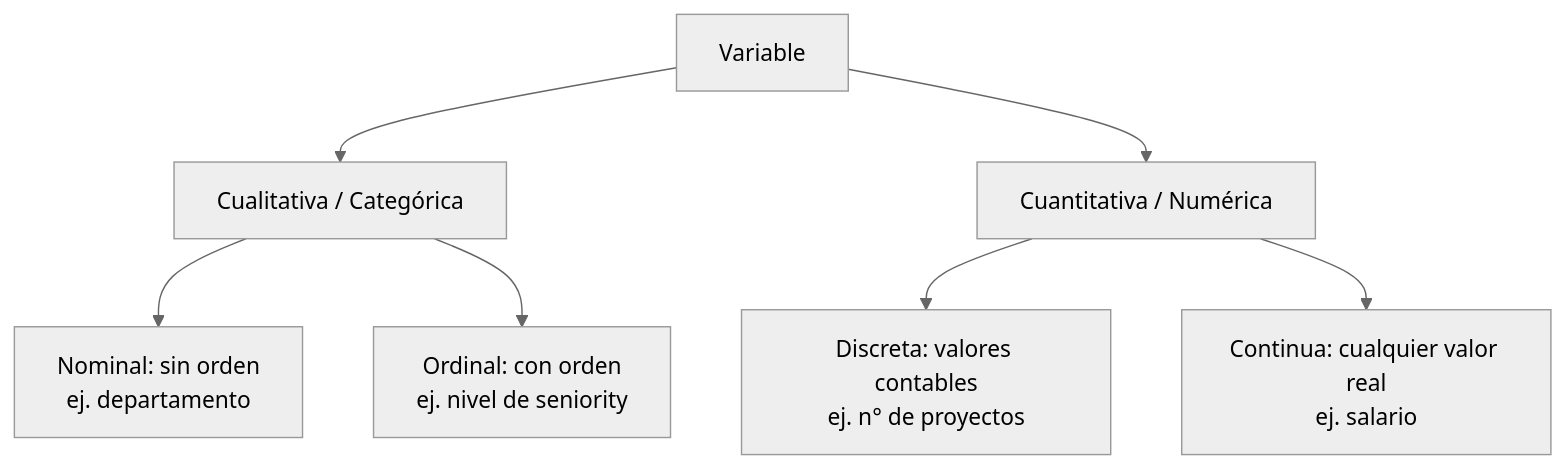
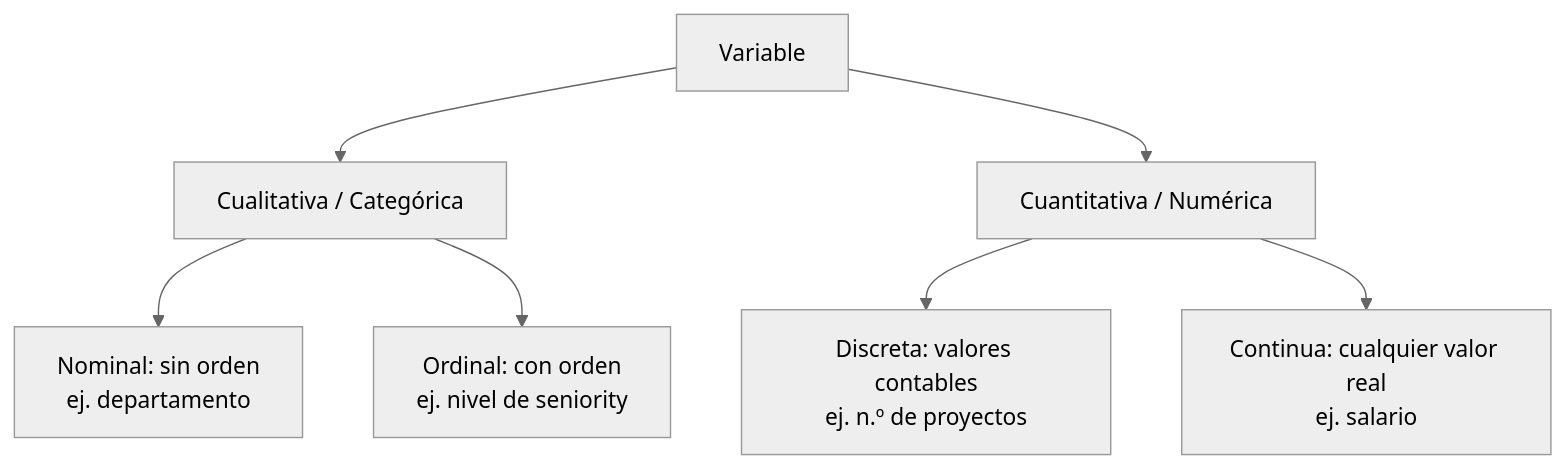
One commit to JulioUQ/Curso-de-Estadistica-Basica changed the diagram in notebooks/01_estadistica_descriptiva/teoria.qmd. Above: the diagram before and after it, drawn with Mermaid (neutral theme). The commit also changed other lines of this file and 7 other files, not shown here.

````diff
--- a/notebooks/01_estadistica_descriptiva/teoria.qmd
+++ b/notebooks/01_estadistica_descriptiva/teoria.qmd
@@ -22,9 +52,9 @@
 ```{mermaid}
 flowchart TD
     A[Variable] --> B[Cualitativa / Categórica]
     A --> C[Cuantitativa / Numérica]
     B --> B1[Nominal: sin orden<br/>ej. departamento]
     B --> B2[Ordinal: con orden<br/>ej. nivel de seniority]
-    C --> C1[Discreta: valores contables<br/>ej. n° de proyectos]
+    C --> C1[Discreta: valores contables<br/>ej. n.º de proyectos]
     C --> C2[Continua: cualquier valor real<br/>ej. salario]
 ```
````
